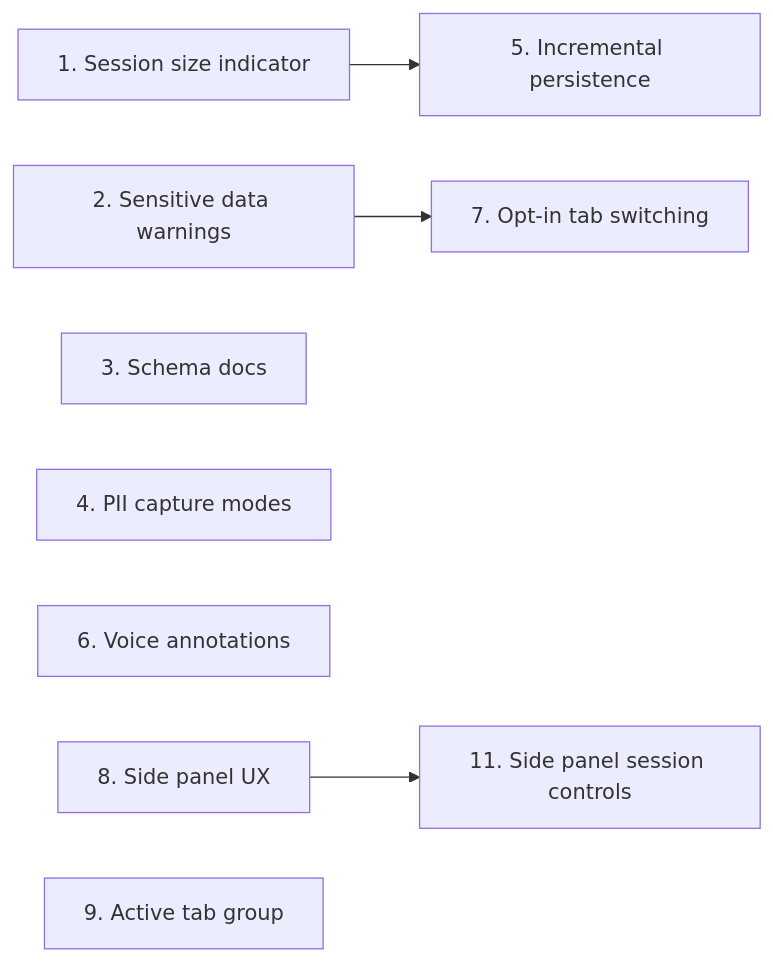
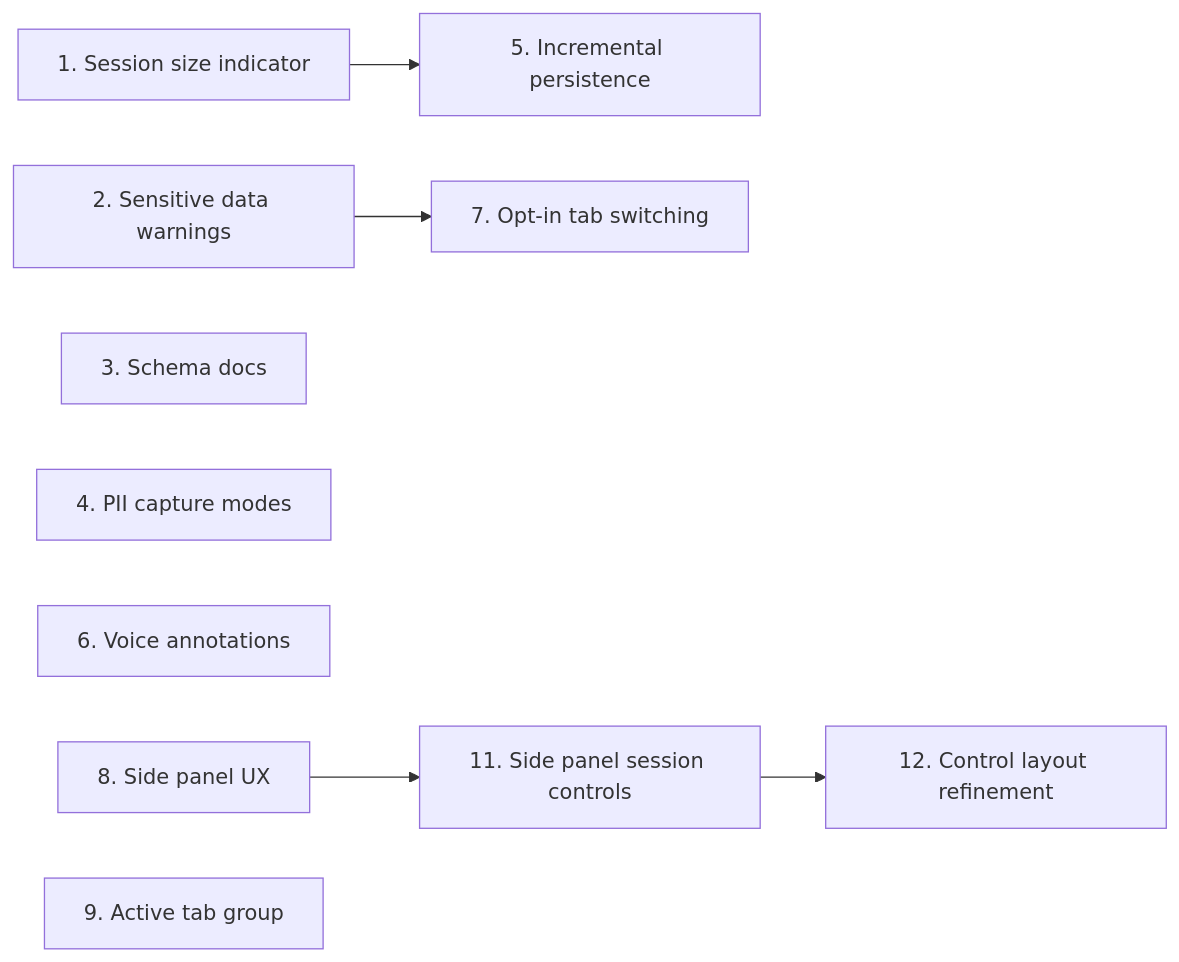
The diagram in docs/roadmap.md (thehogfather/deskcheck), drawn with Mermaid before and after one commit. The commit also changed other lines of this file, not shown here.

First line of the commit message:
docs(roadmap): add feature #12 — side panel control layout refinement

````diff
--- a/docs/roadmap.md
+++ b/docs/roadmap.md
@@ -232,10 +259,11 @@
 ```mermaid
 graph LR
     1[1. Session size indicator] --> 5[5. Incremental persistence]
     2[2. Sensitive data warnings] --> 7[7. Opt-in tab switching]
     3[3. Schema docs]
     4[4. PII capture modes]
     6[6. Voice annotations]
     8[8. Side panel UX] --> 11[11. Side panel session controls]
+    11 --> 12[12. Control layout refinement]
     9[9. Active tab group]
 ```
````
